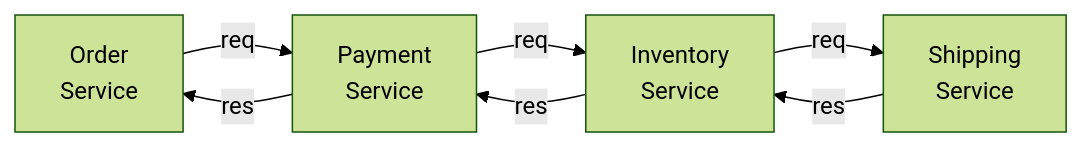
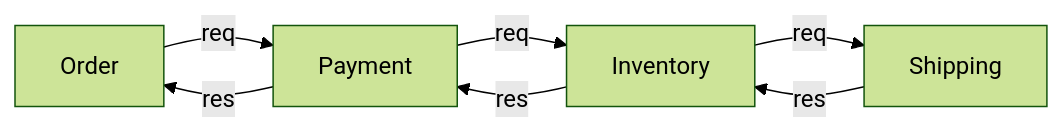
One commit to calmrocks/system-design-dive-deep changed the first of 16 diagrams in Sessions/Event-Driven Architecture/Slides.md. Above: the diagram before and after it, drawn with Mermaid (forest theme). The commit also changed other lines of this file and 2 other files, not shown here.

```diff
--- a/Sessions/Event-Driven Architecture/Slides.md
+++ b/Sessions/Event-Driven Architecture/Slides.md
@@ -94,9 +47,7 @@
 ~~~mermaid
 flowchart LR
-    OS[Order\nService] -->|req| PS[Payment\nService]
-    PS -->|req| IS[Inventory\nService]
-    IS -->|req| SS[Shipping\nService]
-    SS -->|res| IS
-    IS -->|res| PS
-    PS -->|res| OS
+    OS[Order] -->|req| PS[Payment]
+    PS -->|req| IS[Inventory]
+    IS -->|req| SS[Shipping]
+    SS -->|res| IS -->|res| PS -->|res| OS
 ~~~
```
